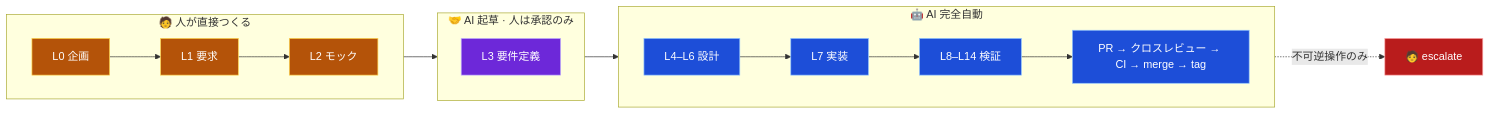
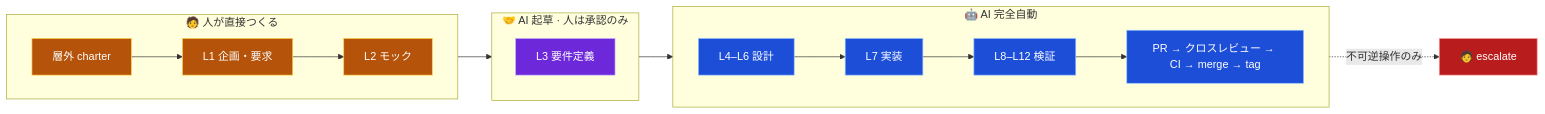
Before and after one commit to RetryYN/HELIX-HARNESS: the first of 4 diagrams in README.md, drawn with Mermaid. The commit also changed other lines of this file and 6 other files, not shown here.

````diff
--- a/README.md
+++ b/README.md
@@ -84,25 +84,25 @@
 ```mermaid
 flowchart LR
     subgraph HUMAN["🧑 人が直接つくる"]
         direction LR
-        L0["L0 企画"] --> L1["L1 要求"] --> L2["L2 モック"]
+        C["層外 charter"] --> L1["L1 企画・要求"] --> L2["L2 モック"]
     end
     subgraph GATE["🤝 AI 起草 · 人は承認のみ"]
         L3["L3 要件定義"]
     end
     subgraph AUTO["🤖 AI 完全自動"]
         direction LR
-        L46["L4–L6 設計"] --> L7["L7 実装"] --> L814["L8–L14 検証"] --> GH["PR → クロスレビュー → CI → merge → tag"]
+        L46["L4–L6 設計"] --> L7["L7 実装"] --> L812["L8–L12 検証"] --> GH["PR → クロスレビュー → CI → merge → tag"]
     end
     HUMAN --> GATE --> AUTO
     AUTO -.->|"不可逆操作のみ"| ESC["🧑 escalate"]
 
     classDef human fill:#b45309,stroke:#fcd34d,color:#fff;
     classDef gate fill:#6d28d9,stroke:#c4b5fd,color:#fff;
     classDef auto fill:#1d4ed8,stroke:#93c5fd,color:#fff;
     classDef esc fill:#b91c1c,stroke:#fca5a5,color:#fff;
-    class L0,L1,L2 human;
+    class C,L1,L2 human;
     class L3 gate;
-    class L46,L7,L814,GH auto;
+    class L46,L7,L812,GH auto;
     class ESC esc;
 ```
````
